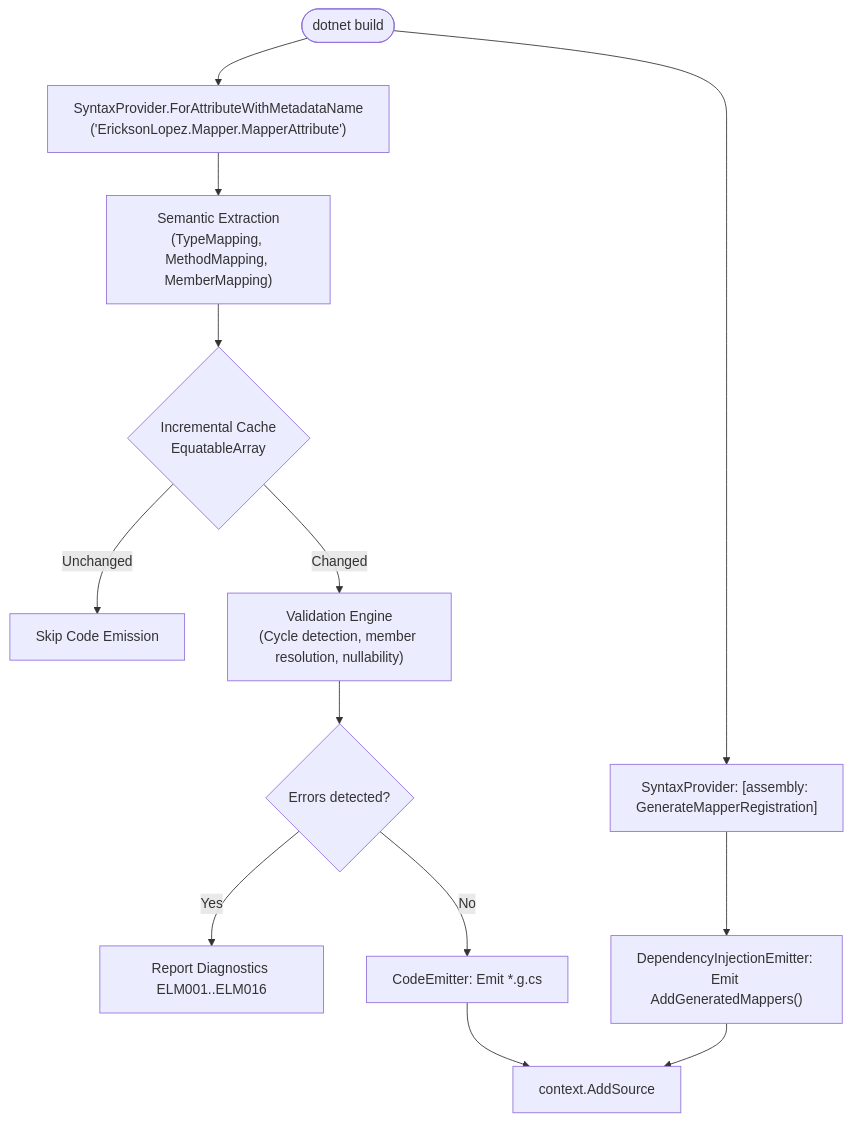
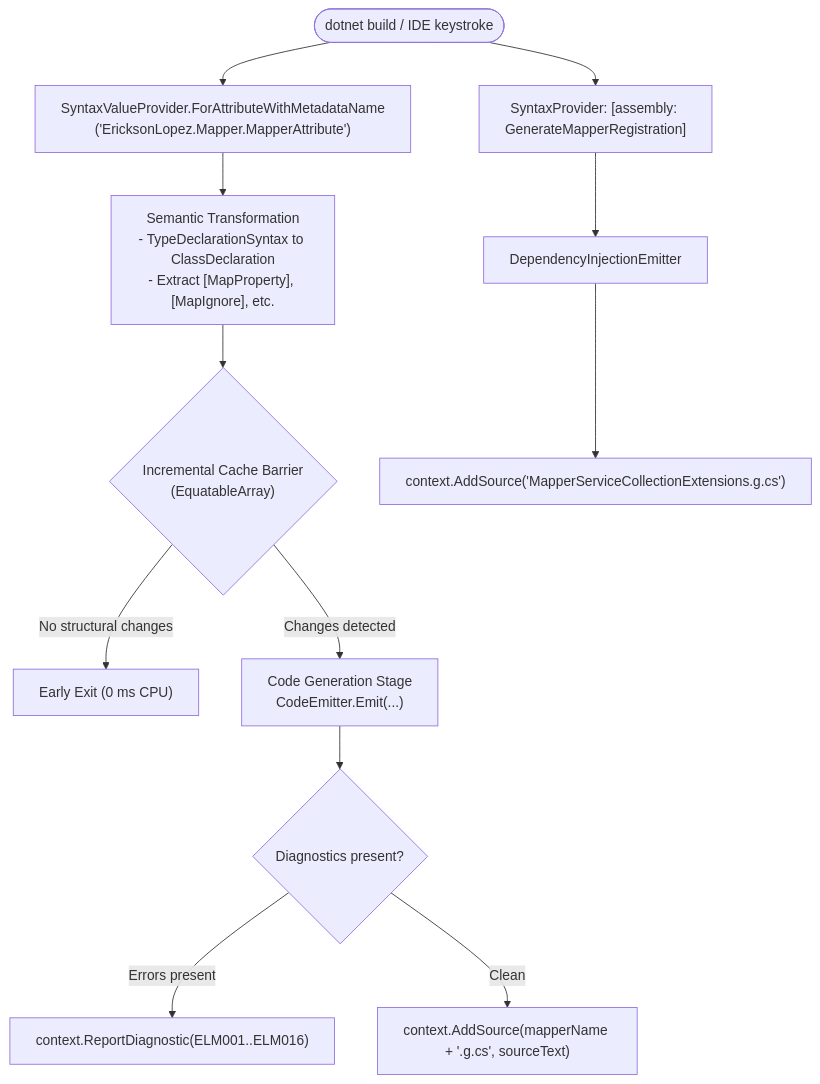
The sixth of 8 diagrams in docs/diagrams.md (ericksonlopezf/dotnet-mapper), drawn with Mermaid before and after one commit. The commit also changed other lines of this file and 310 other files, not shown here.

Commit message:
feat!: harden generator diagnostics, polymorphic cycle detection, and date conversions

````diff
--- a/docs/diagrams.md
+++ b/docs/diagrams.md
@@ -65,18 +191,19 @@
 ```mermaid
 flowchart TD
-    BuildTrigger([dotnet build]) --> SyntaxProvider
-    SyntaxProvider["SyntaxProvider.ForAttributeWithMetadataName\n('EricksonLopez.Mapper.MapperAttribute')"]
-    SyntaxProvider --> SemanticExtraction["Semantic Extraction\n(TypeMapping, MethodMapping, MemberMapping)"]
-    SemanticExtraction --> IncrementalCache{"Incremental Cache\nEquatableArray<T>"}
-    IncrementalCache -- Unchanged --> Skip[Skip Code Emission]
-    IncrementalCache -- Changed --> ValidationEngine["Validation Engine\n(Cycle detection, member resolution, nullability)"]
-
-    ValidationEngine --> DiagnosticGate{Errors detected?}
-    DiagnosticGate -- Yes --> EmitDiagnostics[Report Diagnostics ELM001..ELM016]
-    DiagnosticGate -- No --> CodeEmission[CodeEmitter: Emit *.g.cs]
-    CodeEmission --> OutputContext[context.AddSource]
-
-    BuildTrigger --> DISyntax["SyntaxProvider: [assembly: GenerateMapperRegistration]"]
-    DISyntax --> DIEmission["DependencyInjectionEmitter: Emit AddGeneratedMappers()"]
-    DIEmission --> OutputContext
+    CompilationTrigger(["dotnet build / IDE keystroke"]) --> SyntaxProvider["SyntaxValueProvider.ForAttributeWithMetadataName\n('EricksonLopez.Mapper.MapperAttribute')"]
+    
+    SyntaxProvider --> Transform["Semantic Transformation\n- TypeDeclarationSyntax to ClassDeclaration\n- Extract [MapProperty], [MapIgnore], etc."]
+    
+    Transform --> CacheBarrier{"Incremental Cache Barrier\n(EquatableArray<TypeMappingModel>)"}
+    
+    CacheBarrier -- No structural changes --> EarlyExit["Early Exit (0 ms CPU)"]
+    CacheBarrier -- Changes detected --> GeneratorStage["Code Generation Stage\nCodeEmitter.Emit(...)"]
+    
+    GeneratorStage --> DiagnosticCheck{"Diagnostics present?"}
+    DiagnosticCheck -- Errors present --> ReportDiagnostics["context.ReportDiagnostic(ELM001..ELM016)"]
+    DiagnosticCheck -- Clean --> AddSource["context.AddSource(mapperName + '.g.cs', sourceText)"]
+    
+    CompilationTrigger --> DISyntax["SyntaxProvider: [assembly: GenerateMapperRegistration]"]
+    DISyntax --> DIEmitter["DependencyInjectionEmitter"]
+    DIEmitter --> DIAddSource["context.AddSource('MapperServiceCollectionExtensions.g.cs')"]
 ```
````
